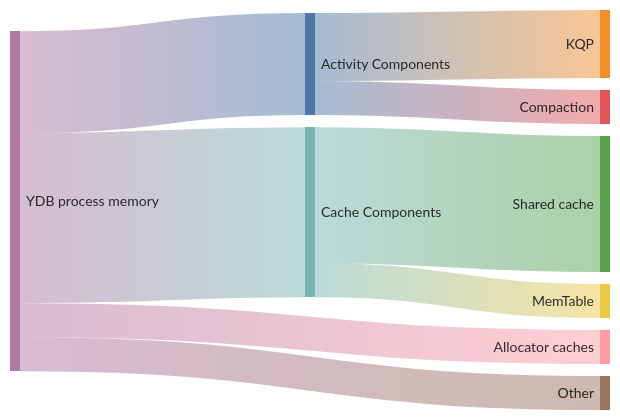
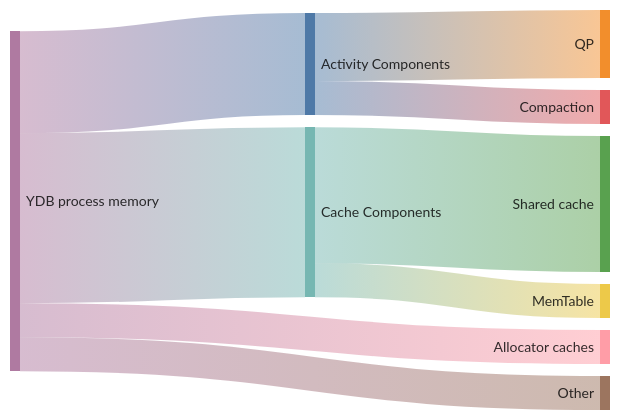
Before and after one commit to ydb-platform/ydb: the diagram in ydb/docs/en/core/reference/configuration/memory_controller_config.md, drawn with Mermaid. The commit also changed other lines of this file and 13 other files, not shown here.

````diff
--- a/ydb/docs/en/core/reference/configuration/memory_controller_config.md
+++ b/ydb/docs/en/core/reference/configuration/memory_controller_config.md
@@ -7,19 +7,19 @@
 ```mermaid
 ---
 config:
   sankey:
     showValues: false
 ---
 sankey-beta
 
-Activity Components,"KQP", 20
+Activity Components,"QP", 20
 Activity Components,Compaction, 10
 
 Cache Components,Shared cache, 40
 Cache Components,MemTable, 10
 
 YDB process memory,Cache Components,50
 YDB process memory,Activity Components, 30
 YDB process memory,Allocator caches, 10
 YDB process memory,Other,10
 ```
````
